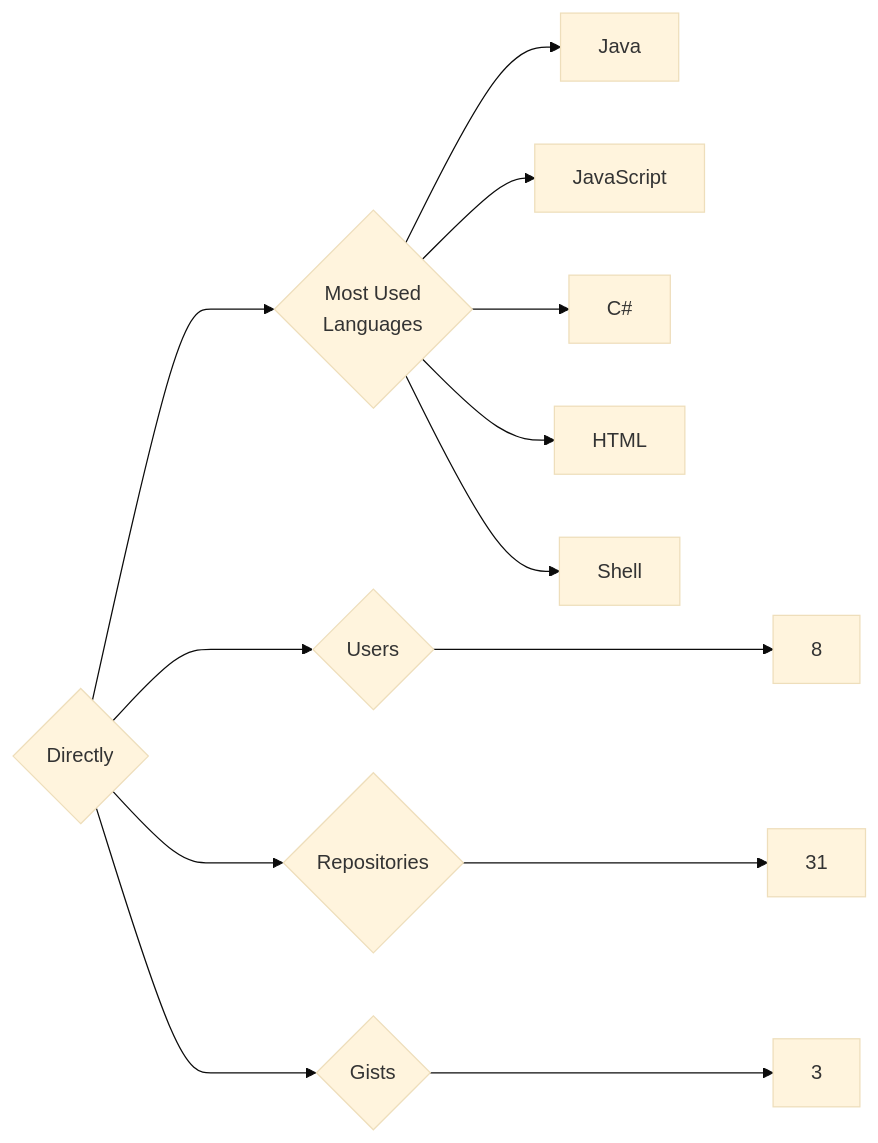
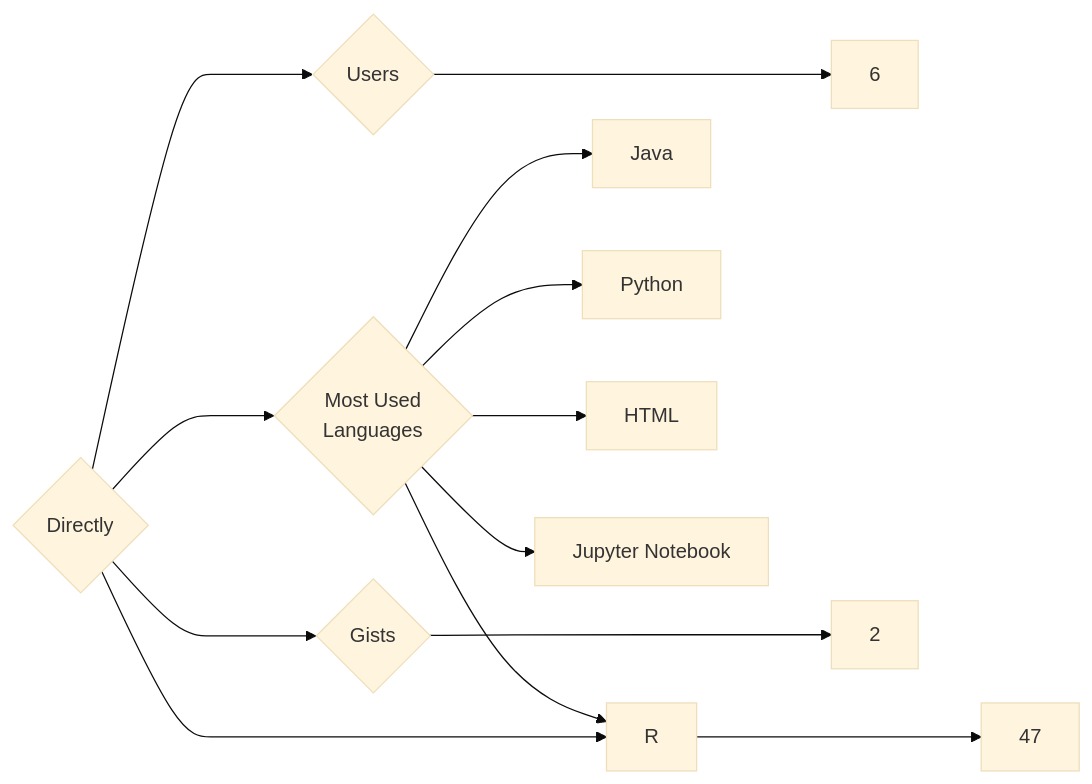
The diagram in targets/Directly/README.md (trickest/insiders), drawn with Mermaid (base theme) before and after one commit. The commit also changed 1007 other files, not shown here.

````diff
--- a/targets/Directly/README.md
+++ b/targets/Directly/README.md
@@ -3,13 +3,13 @@
 ```mermaid
 graph LR
 COMPANY_NAME{Directly}
-COMPANY_NAME ---> U{Users} ---> UN[8]
-COMPANY_NAME ---> R{Repositories} ---> RN[31]
-COMPANY_NAME ---> G{Gists} ---> GN[3]
+COMPANY_NAME ---> U{Users} ---> UN[6]
+COMPANY_NAME ---> R{Repositories} ---> RN[47]
+COMPANY_NAME ---> G{Gists} ---> GN[2]
 COMPANY_NAME ---> ML{Most Used<br>Languages}
 ML --> Java[Java]
-ML --> JavaScript[JavaScript]
-ML --> C#[C#]
+ML --> R[R]
+ML --> Python[Python]
 ML --> HTML[HTML]
-ML --> Shell[Shell]
+ML --> Jupyter_Notebook[Jupyter Notebook]
 ```
````
